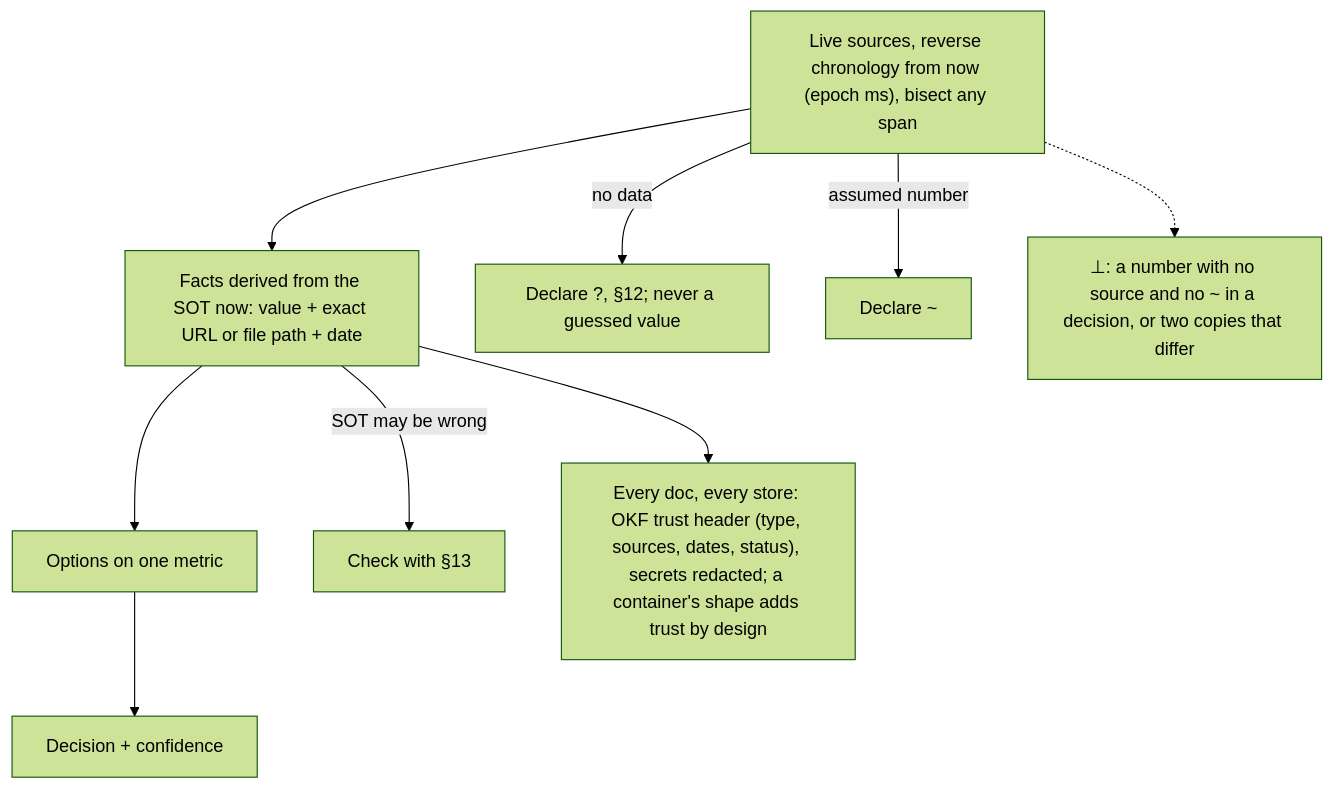
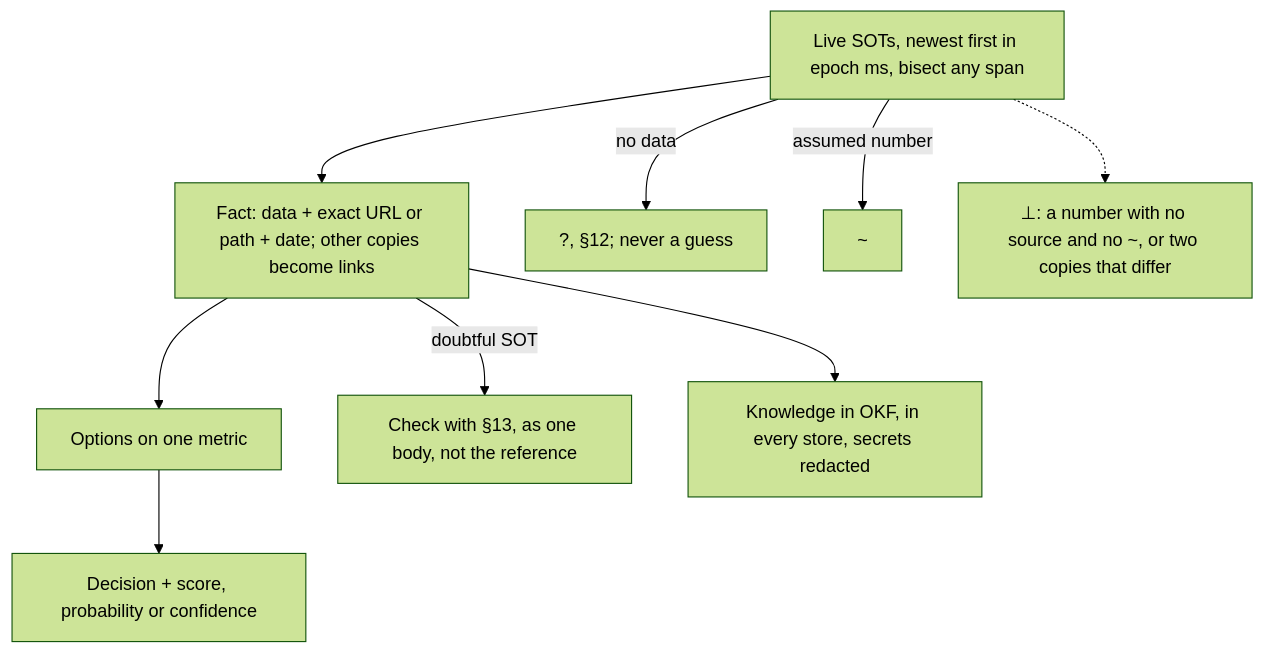
The sixth of 14 diagrams in AGENTS.md (SolenixAI/arbiter), drawn with Mermaid (forest theme) before and after one commit. The commit also changed other lines of this file and 5 other files, not shown here.

````diff
--- a/AGENTS.md
+++ b/AGENTS.md
@@ -316,10 +230,10 @@
 ```mermaid
 flowchart TD
-  D["Live sources, reverse chronology from now (epoch ms), bisect any span"] --> E[Facts derived from the SOT now: value + exact URL or file path + date]
-  E --> O[Options on one metric] --> C[Decision + confidence]
-  D -->|no data| U["Declare ?, §12; never a guessed value"]
-  D -->|assumed number| U2["Declare ~"]
-  E -->|SOT may be wrong| S13[Check with §13]
-  E --> K["Every doc, every store: OKF trust header (type, sources, dates, status), secrets redacted; a container's shape adds trust by design"]
-  D -.-> BOT["⊥: a number with no source and no ~ in a decision, or two copies that differ"]
+  D["Live SOTs, newest first in epoch ms, bisect any span"] --> E["Fact: data + exact URL or path + date; other copies become links"]
+  E --> O[Options on one metric] --> C[Decision + score, probability or confidence]
+  D -->|no data| U["?, §12; never a guess"]
+  D -->|assumed number| U2["~"]
+  E -->|doubtful SOT| S13[Check with §13, as one body, not the reference]
+  E --> K["Knowledge in OKF, in every store, secrets redacted"]
+  D -.-> BOT["⊥: a number with no source and no ~, or two copies that differ"]
 ```
````
